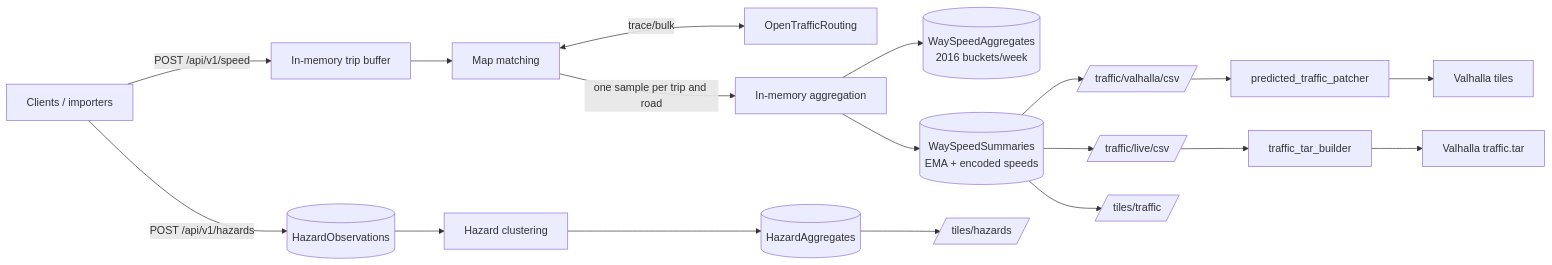
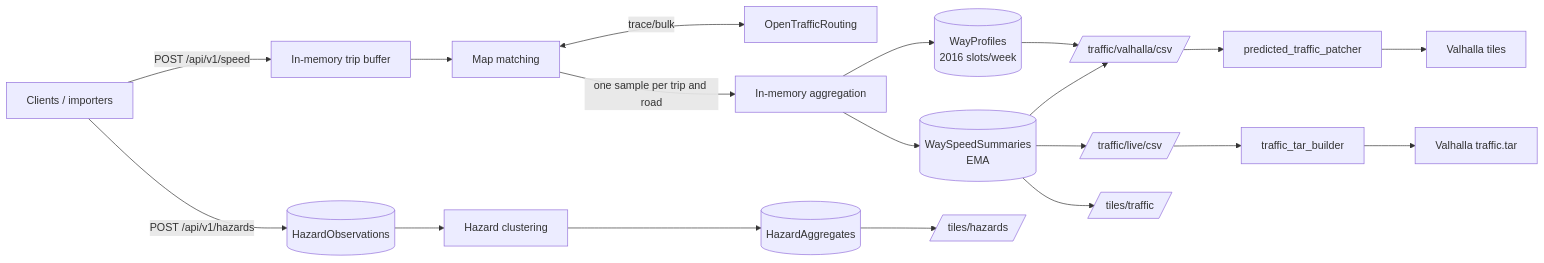
One commit to mKenfenheuer/OpenTrafficDB changed the diagram in README.md. Above: the diagram before and after it, drawn with Mermaid. The commit also changed other lines of this file and 13 other files, not shown here.

First line of the commit message:
Drop WaySpeedAggregates; store weekly profiles in a compact bit-stream format

````diff
--- a/README.md
+++ b/README.md
@@ -48,17 +48,18 @@
 ```mermaid
 flowchart LR
     C[Clients / importers] -->|POST /api/v1/speed| BUF[In-memory trip buffer]
     C -->|POST /api/v1/hazards| HZ[(HazardObservations)]
     BUF --> MM[Map matching]
     MM <-->|trace/bulk| OTR[OpenTrafficRouting]
     MM -->|one sample per trip and road| AG[In-memory aggregation]
-    AG --> WA[(WaySpeedAggregates<br/>2016 buckets/week)]
-    AG --> WS[(WaySpeedSummaries<br/>EMA + encoded speeds)]
+    AG --> WP[(WayProfiles<br/>2016 slots/week)]
+    AG --> WS[(WaySpeedSummaries<br/>EMA)]
     HZ --> HA[Hazard clustering] --> HAG[(HazardAggregates)]
-    WS --> CSV1[/traffic/valhalla/csv/]
+    WP --> CSV1[/traffic/valhalla/csv/]
+    WS --> CSV1
     WS --> CSV2[/traffic/live/csv/]
     WS --> T1[/tiles/traffic/]
     HAG --> T2[/tiles/hazards/]
     CSV1 --> PTP[predicted_traffic_patcher] --> V[Valhalla tiles]
     CSV2 --> TTB[traffic_tar_builder] --> VT[Valhalla traffic.tar]
 ```
````
